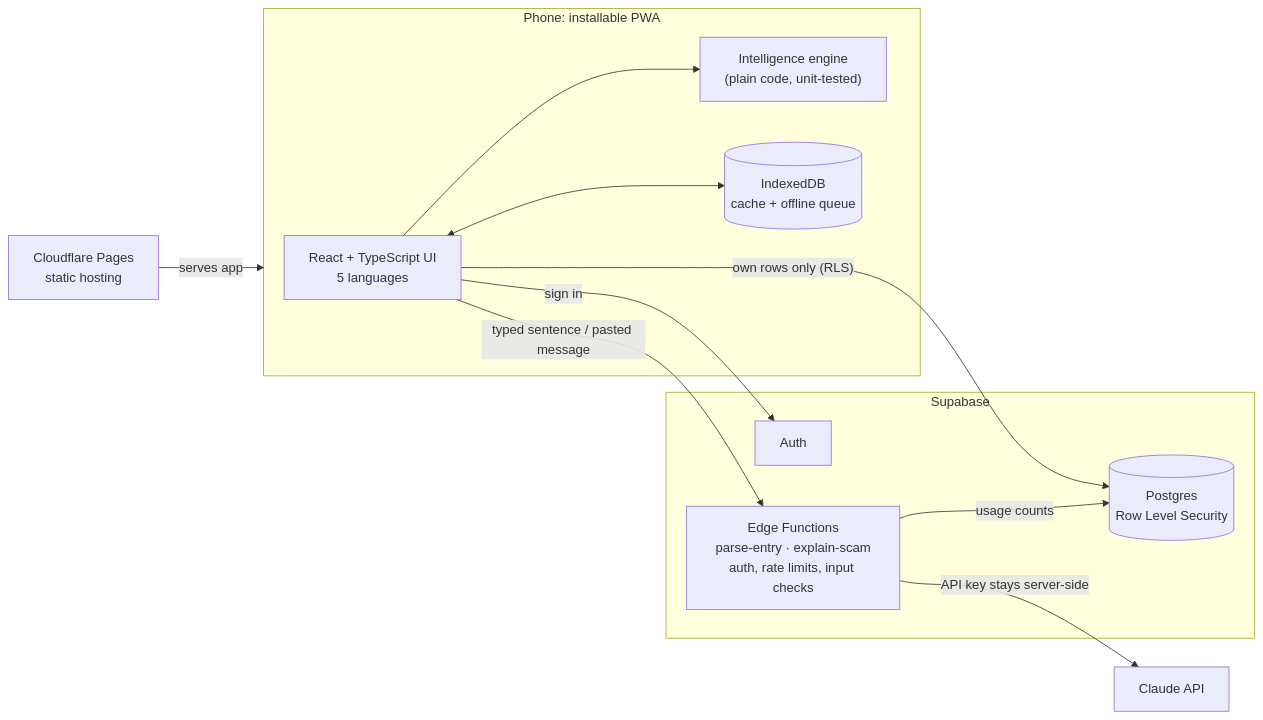
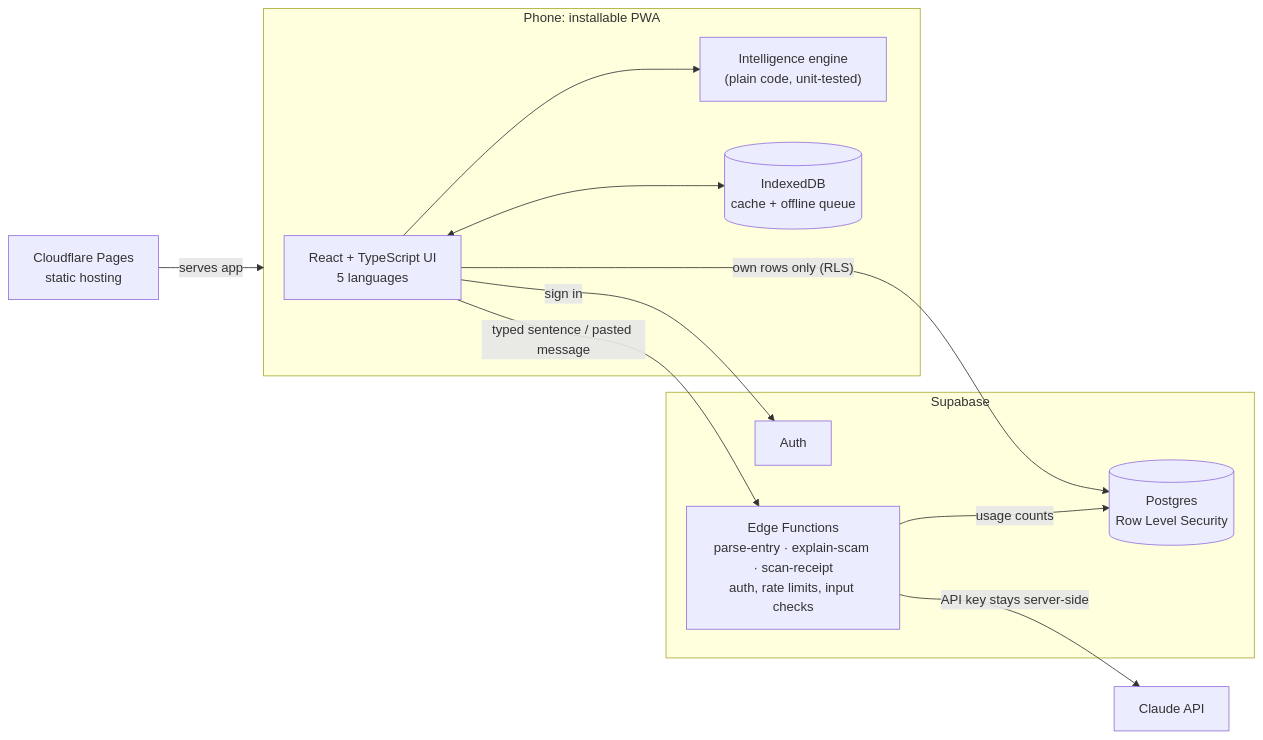
Before and after one commit to matlouphenyo9-jpg/zaka: the diagram in README.md, drawn with Mermaid. The commit also changed other lines of this file and 1 other file, not shown here.

First line of the commit message:
README: slip scanning, Transactions, scan-receipt security notes and screenshots; 320 px check script for B5 screens

````diff
--- a/README.md
+++ b/README.md
@@ -43,24 +49,24 @@
 ```mermaid
 flowchart LR
   subgraph Phone["Phone: installable PWA"]
     UI["React + TypeScript UI<br/>5 languages"]
     ENG["Intelligence engine<br/>(plain code, unit-tested)"]
     IDB[("IndexedDB<br/>cache + offline queue")]
     UI --> ENG
     UI <--> IDB
   end
 
   CF["Cloudflare Pages<br/>static hosting"] -- serves app --> Phone
 
   subgraph SB["Supabase"]
     AUTH["Auth"]
     PG[("Postgres<br/>Row Level Security")]
-    EF["Edge Functions<br/>parse-entry · explain-scam<br/>auth, rate limits, input checks"]
+    EF["Edge Functions<br/>parse-entry · explain-scam · scan-receipt<br/>auth, rate limits, input checks"]
   end
 
   UI -- sign in --> AUTH
   UI -- "own rows only (RLS)" --> PG
   UI -- "typed sentence / pasted message" --> EF
   EF -- usage counts --> PG
   EF -- "API key stays server-side" --> CLAUDE["Claude API"]
 ```
````
